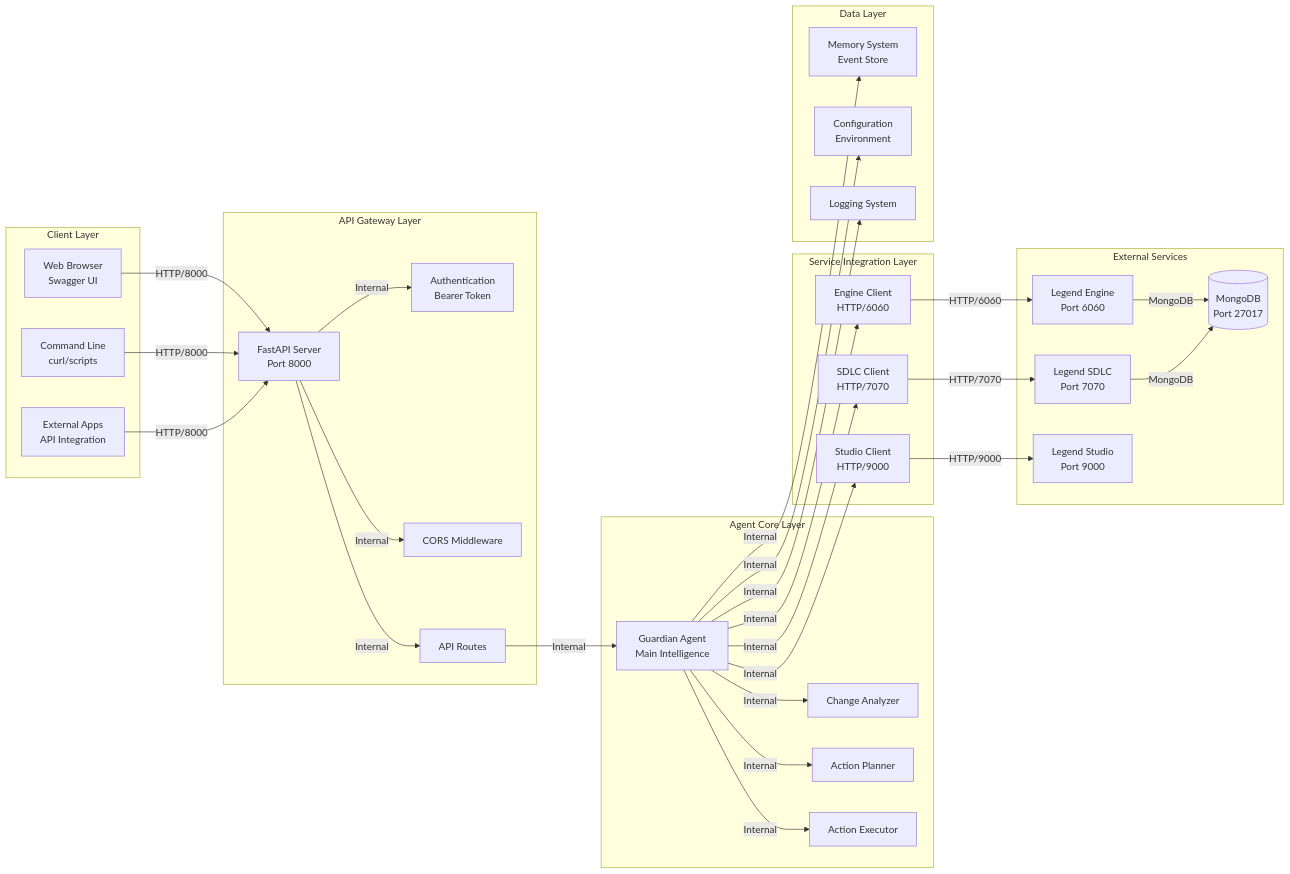
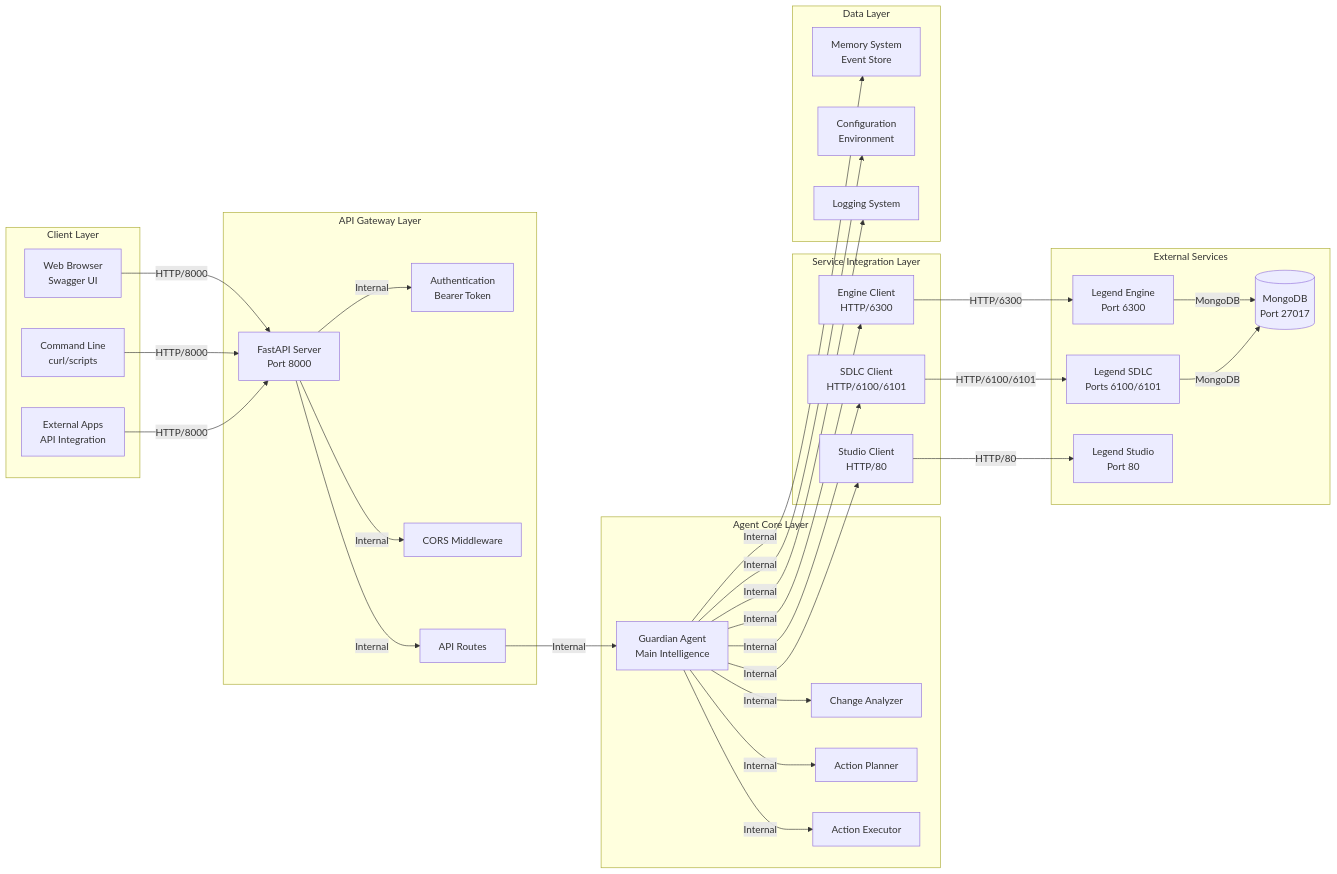
Before and after one commit to atheryon-ai/legend-guardian-workspace: the second of 6 diagrams in docs/architecture.md, drawn with Mermaid. The commit also changed other lines of this file and 103 other files, not shown here.

````diff
--- a/docs/architecture.md
+++ b/docs/architecture.md
@@ -64,76 +327,76 @@
 ```mermaid
 graph LR
     subgraph "Client Layer"
         BROWSER[Web Browser<br/>Swagger UI]
         CLI[Command Line<br/>curl/scripts]
         APPS[External Apps<br/>API Integration]
     end
-    
+  
     subgraph "API Gateway Layer"
         FASTAPI[FastAPI Server<br/>Port 8000]
         AUTH[Authentication<br/>Bearer Token]
         CORS[CORS Middleware]
         ROUTES[API Routes]
     end
-    
+  
     subgraph "Agent Core Layer"
         GUARDIAN[Guardian Agent<br/>Main Intelligence]
         ANALYZER[Change Analyzer]
         PLANNER[Action Planner]
         EXECUTOR[Action Executor]
     end
-    
+  
     subgraph "Service Integration Layer"
-        ENGINE_CLIENT[Engine Client<br/>HTTP/6060]
-        SDLC_CLIENT[SDLC Client<br/>HTTP/7070]
-        STUDIO_CLIENT[Studio Client<br/>HTTP/9000]
+        ENGINE_CLIENT[Engine Client<br/>HTTP/6300]
+        SDLC_CLIENT[SDLC Client<br/>HTTP/6100/6101]
+        STUDIO_CLIENT[Studio Client<br/>HTTP/80]
     end
-    
+  
     subgraph "Data Layer"
         MEMORY[Memory System<br/>Event Store]
         CONFIG[Configuration<br/>Environment]
         LOGS[Logging System]
     end
-    
+  
     subgraph "External Services"
-        LEGEND_ENGINE[Legend Engine<br/>Port 6060]
-        LEGEND_SDLC[Legend SDLC<br/>Port 7070]
-        LEGEND_STUDIO[Legend Studio<br/>Port 9000]
+        LEGEND_ENGINE[Legend Engine<br/>Port 6300]
+        LEGEND_SDLC[Legend SDLC<br/>Ports 6100/6101]
+        LEGEND_STUDIO[Legend Studio<br/>Port 80]
         MONGODB[(MongoDB<br/>Port 27017)]
     end
-    
+  
     %% Client connections
     BROWSER -->|HTTP/8000| FASTAPI
     CLI -->|HTTP/8000| FASTAPI
     APPS -->|HTTP/8000| FASTAPI
-    
+  
     %% API Layer connections
     FASTAPI -->|Internal| AUTH
     FASTAPI -->|Internal| CORS
     FASTAPI -->|Internal| ROUTES
-    
+  
     %% Agent connections
     ROUTES -->|Internal| GUARDIAN
     GUARDIAN -->|Internal| ANALYZER
     GUARDIAN -->|Internal| PLANNER
     GUARDIAN -->|Internal| EXECUTOR
-    
+  
     %% Service connections
     GUARDIAN -->|Internal| ENGINE_CLIENT
     GUARDIAN -->|Internal| SDLC_CLIENT
     GUARDIAN -->|Internal| STUDIO_CLIENT
-    
+  
     %% External service calls
-    ENGINE_CLIENT -->|HTTP/6060| LEGEND_ENGINE
-    SDLC_CLIENT -->|HTTP/7070| LEGEND_SDLC
-    STUDIO_CLIENT -->|HTTP/9000| LEGEND_STUDIO
-    
+    ENGINE_CLIENT -->|HTTP/6300| LEGEND_ENGINE
+    SDLC_CLIENT -->|HTTP/6100/6101| LEGEND_SDLC
+    STUDIO_CLIENT -->|HTTP/80| LEGEND_STUDIO
+  
     %% Data connections
     GUARDIAN -->|Internal| MEMORY
     GUARDIAN -->|Internal| CONFIG
     GUARDIAN -->|Internal| LOGS
-    
+  
     %% Database connections
     LEGEND_ENGINE -->|MongoDB| MONGODB
     LEGEND_SDLC -->|MongoDB| MONGODB
 ```
````
